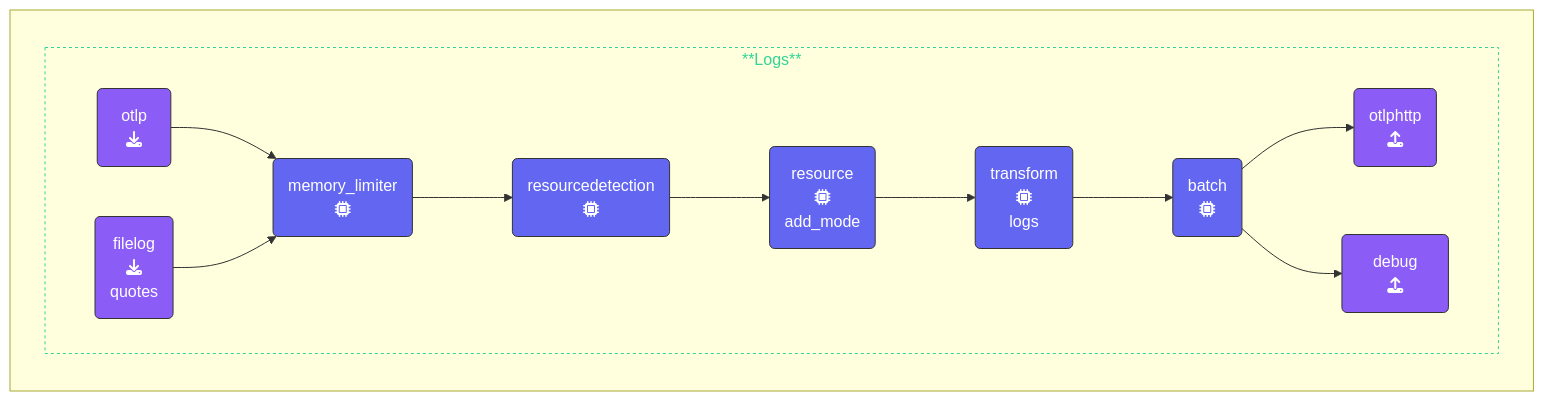
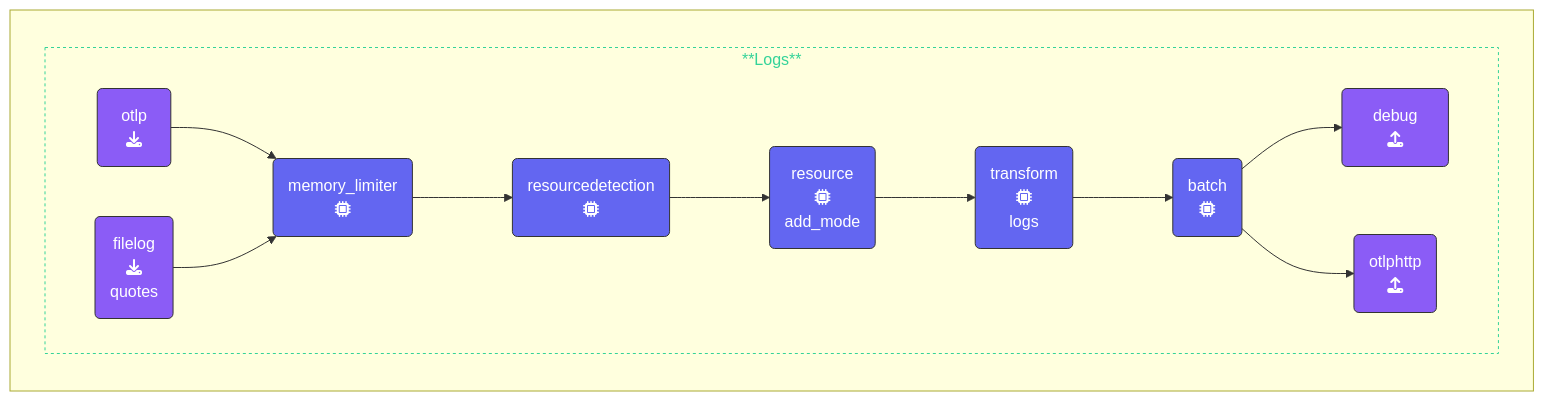
The diagram in content/en/ninja-workshops/10-advanced-otel/7-transform-data/7-1-configuration.md (splunk/observability-workshop), drawn with Mermaid before and after one commit. The commit also changed other lines of this file, not shown here.

````diff
--- a/content/en/ninja-workshops/10-advanced-otel/7-transform-data/7-1-configuration.md
+++ b/content/en/ninja-workshops/10-advanced-otel/7-transform-data/7-1-configuration.md
@@ -71,33 +73,33 @@
 ```mermaid
 %%{init:{"fontFamily":"monospace"}}%%
 graph LR
     %% Nodes
       REC1(&nbsp;&nbsp;otlp&nbsp;&nbsp;<br>fa:fa-download):::receiver
       REC2(filelog<br>fa:fa-download<br>quotes):::receiver
       PRO1(memory_limiter<br>fa:fa-microchip):::processor
       PRO2(resourcedetection<br>fa:fa-microchip):::processor
       PRO3(resource<br>fa:fa-microchip<br>add_mode):::processor
       PRO4(transform<br>fa:fa-microchip<br>logs):::processor
       PRO5(batch<br>fa:fa-microchip):::processor
       EXP1(otlphttp<br>fa:fa-upload):::exporter
       EXP2(&ensp;&ensp;debug&ensp;&ensp;<br>fa:fa-upload):::exporter
     %% Links
     subID1:::sub-logs
     subgraph " "
       subgraph subID1[**Logs**]
       direction LR
       REC1 --> PRO1
       REC2 --> PRO1
       PRO1 --> PRO2
       PRO2 --> PRO3
       PRO3 --> PRO4
       PRO4 --> PRO5
+      PRO5 --> EXP2
       PRO5 --> EXP1
-      PRO5 --> EXP2
       end
     end
 classDef receiver,exporter fill:#8b5cf6,stroke:#333,stroke-width:1px,color:#fff;
 classDef processor fill:#6366f1,stroke:#333,stroke-width:1px,color:#fff;
 classDef con-receive,con-export fill:#45c175,stroke:#333,stroke-width:1px,color:#fff;
 classDef sub-logs stroke:#34d399,stroke-width:1px, color:#34d399,stroke-dasharray: 3 3;
 ```
````
